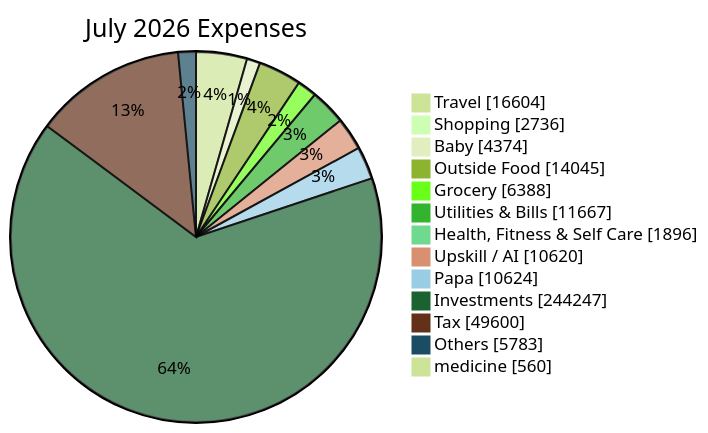
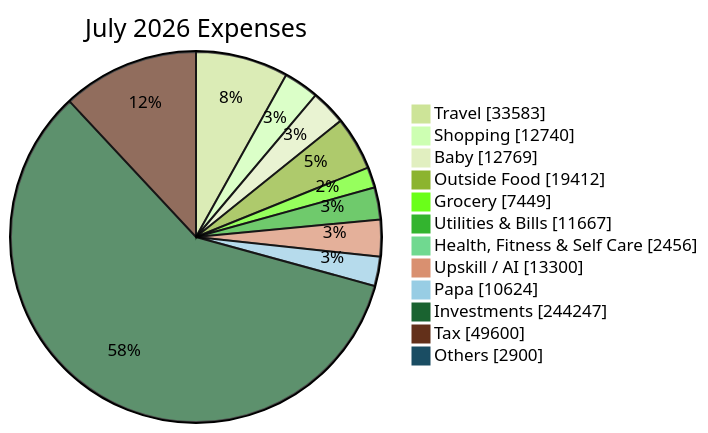
The second of 2 diagrams in reports/2026-07.md (sachin-hg/expense-reporter), drawn with Mermaid (forest theme) before and after one commit. The commit also changed other lines of this file and 8 other files, not shown here.

````diff
--- a/reports/2026-07.md
+++ b/reports/2026-07.md
@@ -52,17 +52,16 @@
 ```mermaid
 pie showData
     title July 2026 Expenses
-    "Travel" : 16604
-    "Shopping" : 2736
-    "Baby" : 4374
-    "Outside Food" : 14045
-    "Grocery" : 6388
+    "Travel" : 33583
+    "Shopping" : 12740
+    "Baby" : 12769
+    "Outside Food" : 19412
+    "Grocery" : 7449
     "Utilities & Bills" : 11667
-    "Health, Fitness & Self Care" : 1896
-    "Upskill / AI" : 10620
+    "Health, Fitness & Self Care" : 2456
+    "Upskill / AI" : 13300
     "Papa" : 10624
     "Investments" : 244247
     "Tax" : 49600
-    "Others" : 5783
-    "medicine" : 560
+    "Others" : 2900
 ```
````
